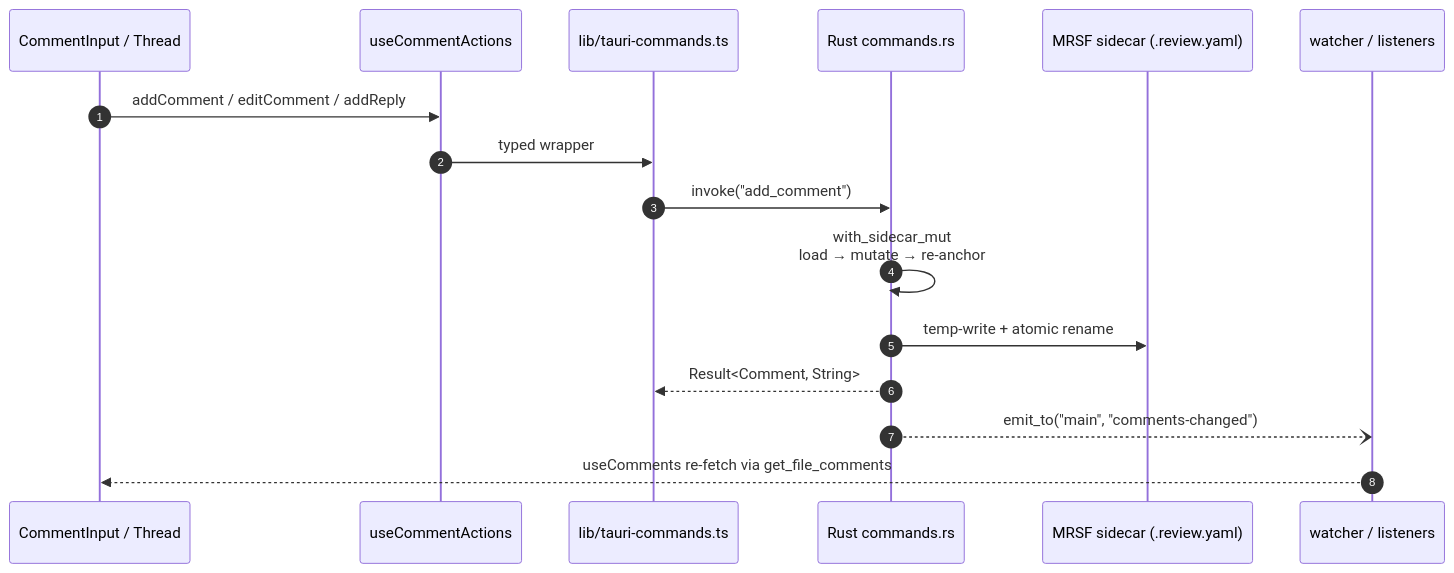
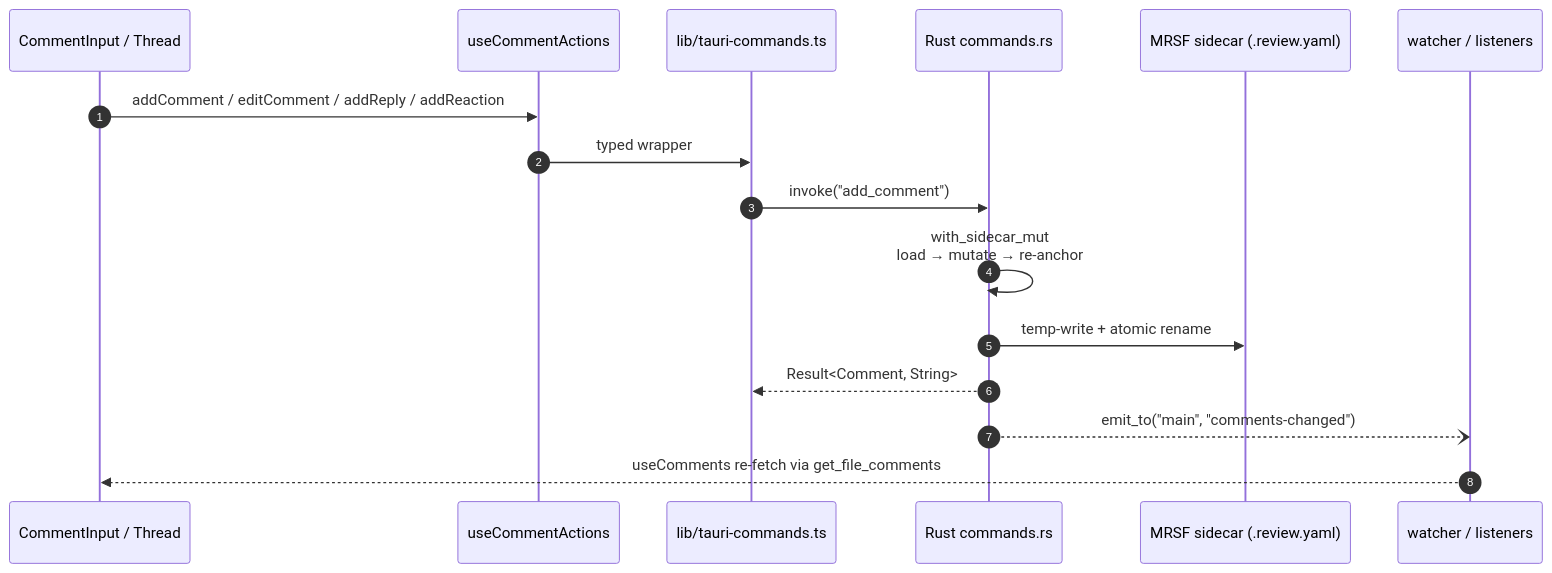
One commit to dryotta/mDown-reView changed the diagram in docs/features/comments.md. Above: the diagram before and after it, drawn with Mermaid. The commit also changed other lines of this file and 188 other files, not shown here.

````diff
--- a/docs/features/comments.md
+++ b/docs/features/comments.md
@@ -15,18 +51,18 @@
 ```mermaid
 sequenceDiagram
     autonumber
     participant UI as CommentInput / Thread
     participant VM as useCommentActions
     participant TC as lib/tauri-commands.ts
     participant Cmd as Rust commands.rs
     participant SC as MRSF sidecar (.review.yaml)
     participant W as watcher / listeners
-    UI->>VM: addComment / editComment / addReply
+    UI->>VM: addComment / editComment / addReply / addReaction
     VM->>TC: typed wrapper
     TC->>Cmd: invoke("add_comment")
     Cmd->>Cmd: with_sidecar_mut<br/>load → mutate → re-anchor
     Cmd->>SC: temp-write + atomic rename
     Cmd-->>TC: Result<Comment, String>
     Cmd--)W: emit_to("main", "comments-changed")
     W-->>UI: useComments re-fetch via get_file_comments
 ```
````
